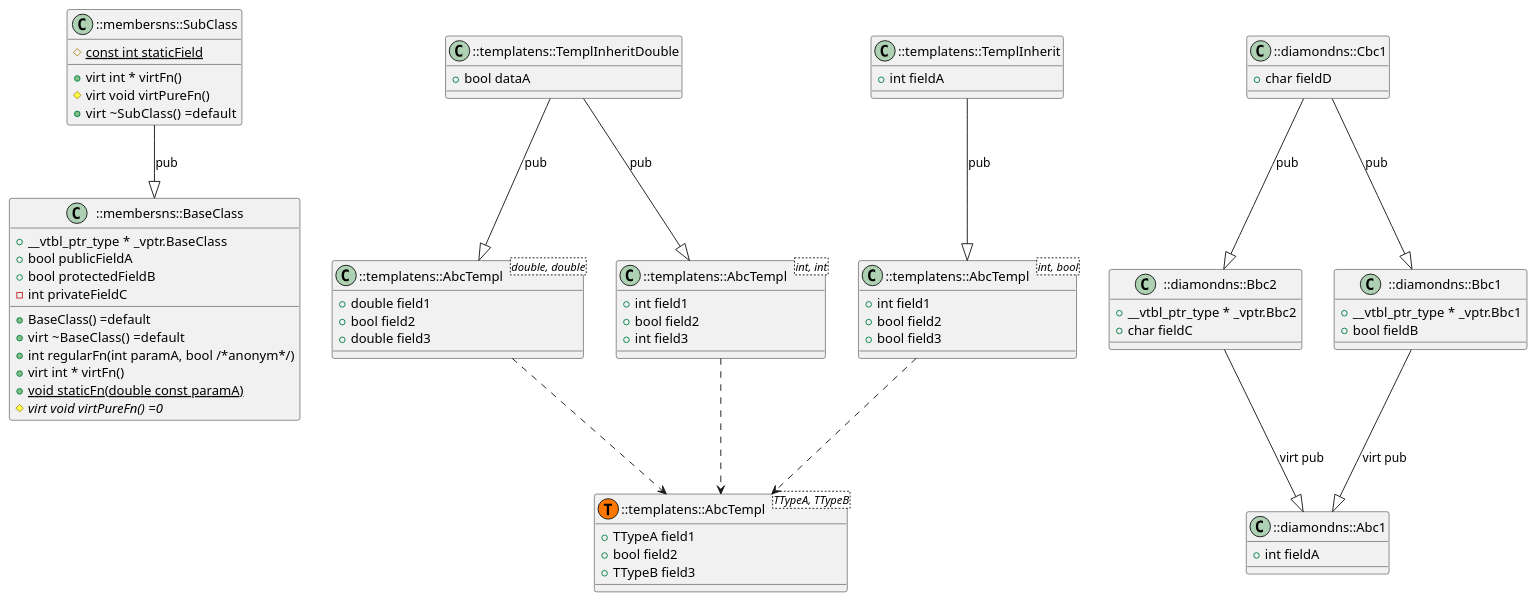
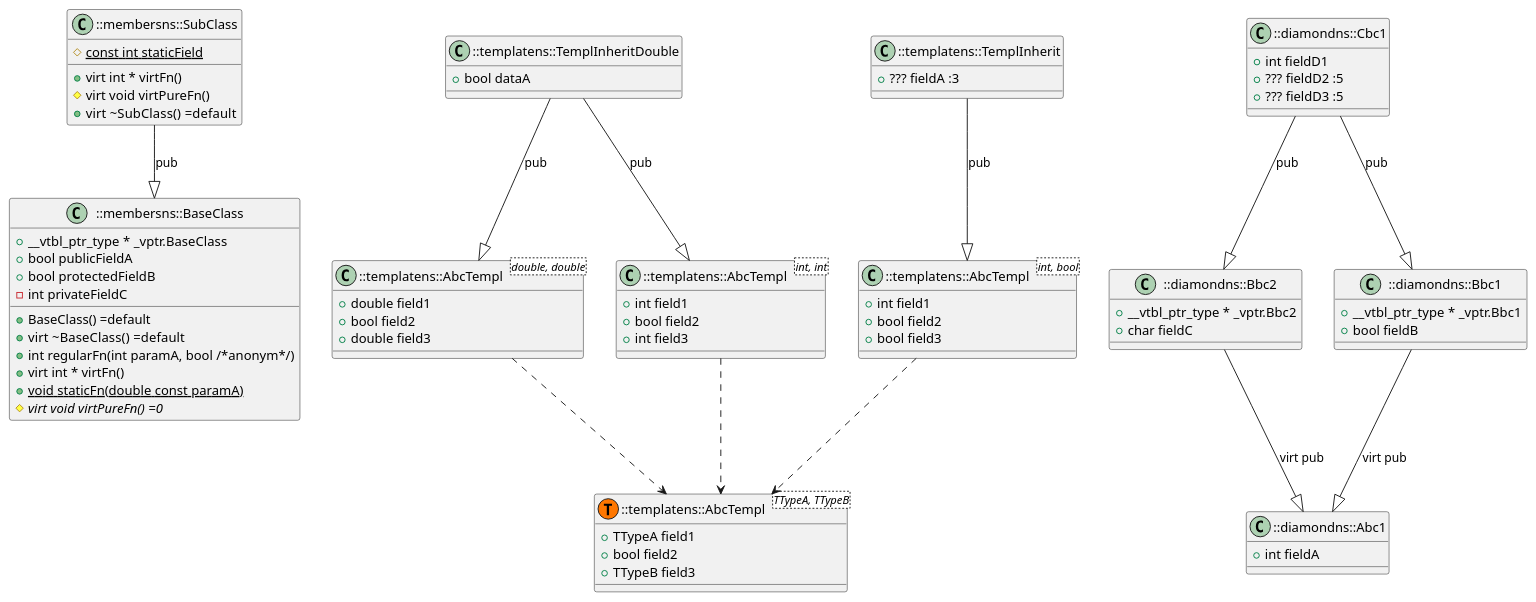
Before and after one commit to anetczuk/gcc-uml: the diagram in examples/inheritgraph/inherit_sample.cpp.puml, drawn with PlantUML. The commit also changed 11 other files, not shown here.

```diff
--- a/examples/inheritgraph/inherit_sample.cpp.puml
+++ b/examples/inheritgraph/inherit_sample.cpp.puml
@@ -1,85 +1,87 @@
 @startuml
 
 class "::membersns::SubClass" as item_0 {
     {field} {static} # const int staticField
     {method} +virt int * virtFn() 
     {method} #virt void virtPureFn() 
     {method} +virt  ~SubClass() =default
 }
 class "::membersns::BaseClass" as item_1 {
     {field} + __vtbl_ptr_type * _vptr.BaseClass
     {field} + bool publicFieldA
     {field} + bool protectedFieldB
     {field} - int privateFieldC
     {method} +  BaseClass() =default
     {method} +virt  ~BaseClass() =default
     {method} + int regularFn(int paramA, bool /*anonym*/) 
     {method} +virt int * virtFn() 
     {method} {static} + void staticFn(double const paramA) 
     {method} {abstract} #virt void virtPureFn() =0
 }
 class "::templatens::TemplInheritDouble" as item_2 {
     {field} + bool dataA
 }
 class "::templatens::TemplInherit" as item_3 {
-    {field} + int fieldA
+    {field} + ??? fieldA :3
 }
 class "::templatens::AbcTempl" as item_4 <TTypeA, TTypeB> <<T,#FF7700>> {
     {field} + TTypeA field1
     {field} + bool field2
     {field} + TTypeB field3
 }
 class "::templatens::AbcTempl<double, double>" as item_5 {
     {field} + double field1
     {field} + bool field2
     {field} + double field3
 }
 class "::templatens::AbcTempl<int, int>" as item_6 {
     {field} + int field1
     {field} + bool field2
     {field} + int field3
 }
 class "::templatens::AbcTempl<int, bool>" as item_7 {
     {field} + int field1
     {field} + bool field2
     {field} + bool field3
 }
 class "::diamondns::Cbc1" as item_8 {
-    {field} + char fieldD
+    {field} + int fieldD1
+    {field} + ??? fieldD2 :5
+    {field} + ??? fieldD3 :5
 }
 class "::diamondns::Bbc2" as item_9 {
     {field} + __vtbl_ptr_type * _vptr.Bbc2
     {field} + char fieldC
 }
 class "::diamondns::Bbc1" as item_10 {
     {field} + __vtbl_ptr_type * _vptr.Bbc1
     {field} + bool fieldB
 }
 class "::diamondns::Abc1" as item_11 {
     {field} + int fieldA
 }
 
 ' ::membersns::SubClass --|> ::membersns::BaseClass
 item_0 --|> item_1: "pub"
 ' ::templatens::TemplInheritDouble --|> ::templatens::AbcTempl<int, int>
 item_2 --|> item_6: "pub"
 ' ::templatens::TemplInheritDouble --|> ::templatens::AbcTempl<double, double>
 item_2 --|> item_5: "pub"
 ' ::templatens::TemplInherit --|> ::templatens::AbcTempl<int, bool>
 item_3 --|> item_7: "pub"
 ' ::templatens::AbcTempl<double, double> ..> ::templatens::AbcTempl
 item_5 ..> item_4
 ' ::templatens::AbcTempl<int, int> ..> ::templatens::AbcTempl
 item_6 ..> item_4
 ' ::templatens::AbcTempl<int, bool> ..> ::templatens::AbcTempl
 item_7 ..> item_4
 ' ::diamondns::Cbc1 --|> ::diamondns::Bbc1
 item_8 --|> item_10: "pub"
 ' ::diamondns::Cbc1 --|> ::diamondns::Bbc2
 item_8 --|> item_9: "pub"
 ' ::diamondns::Bbc2 --|> ::diamondns::Abc1
 item_9 --|> item_11: "virt pub"
 ' ::diamondns::Bbc1 --|> ::diamondns::Abc1
 item_10 --|> item_11: "virt pub"
 
 @enduml
```
